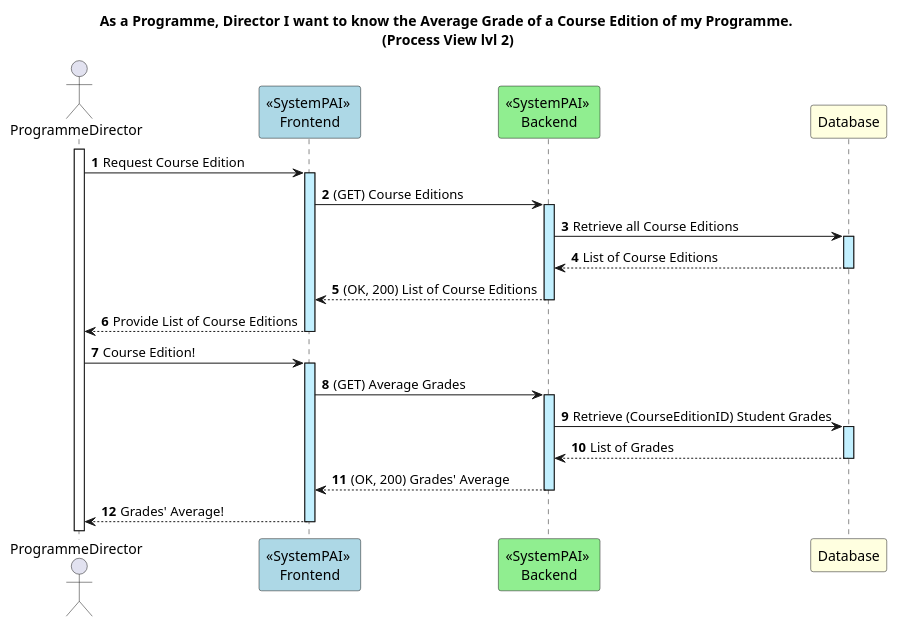
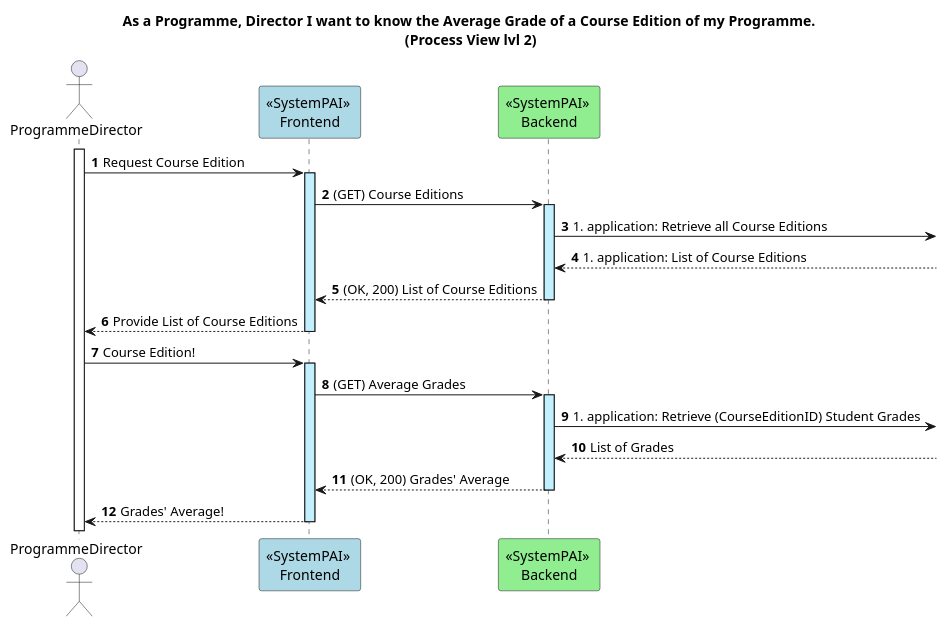
The diagram in docs/US25/REST_API/ProcessView/Level2.puml (GasparISEP/DevOps-PAI), drawn with PlantUML before and after one commit.

Commit message:
Removed database representation from Level2 ProcessView of US25 Controller's Diagrams. Refs #579

```diff
--- a/docs/US25/REST_API/ProcessView/Level2.puml
+++ b/docs/US25/REST_API/ProcessView/Level2.puml
@@ -1,27 +1,26 @@
 @startuml
 
 autonumber
 
 title As a Programme, Director I want to know the Average Grade of a Course Edition of my Programme. \n(Process View lvl 2)
 
 actor ProgrammeDirector as PD
 participant "<<SystemPAI>> \nFrontend" as FE #lightblue
 participant "<<SystemPAI>> \nBackend" as BE #lightgreen
-participant "Database" as BD #lightyellow
 
 activate PD
 PD -> FE ++ #application : Request Course Edition
 FE -> BE ++ #application: (GET) Course Editions
-BE -> BD ++ #application: Retrieve all Course Editions
-BD --> BE -- #application: List of Course Editions
+BE -> : #application: Retrieve all Course Editions
+BE <-- : #application: List of Course Editions
 BE --> FE --: (OK, 200) List of Course Editions
 FE --> PD --: Provide List of Course Editions
 
 PD -> FE ++ #application: Course Edition!
 FE -> BE ++ #application: (GET) Average Grades
-BE -> BD ++ #application: Retrieve (CourseEditionID) Student Grades
-BD --> BE --: List of Grades
+BE ->  : #application: Retrieve (CourseEditionID) Student Grades
+BE <-- : List of Grades
 BE --> FE --: (OK, 200) Grades' Average
 FE --> PD --: Grades' Average!
 
 @enduml
```
